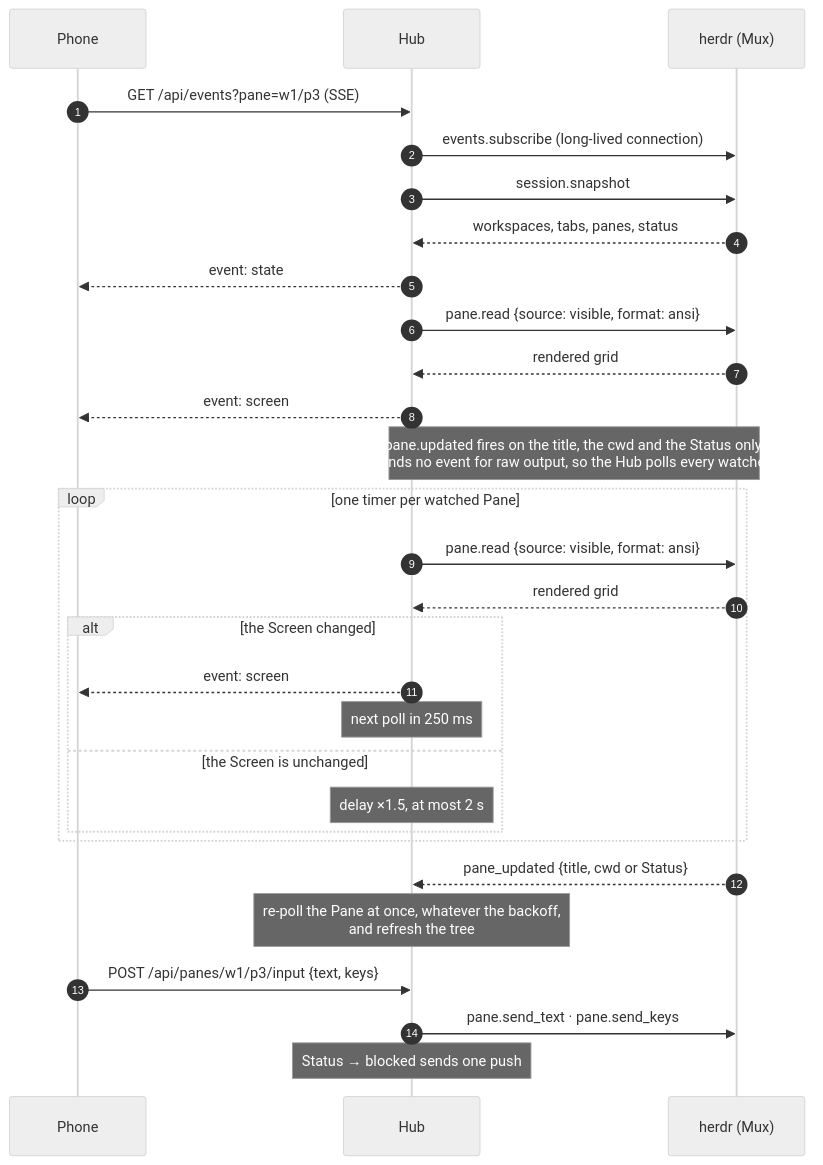
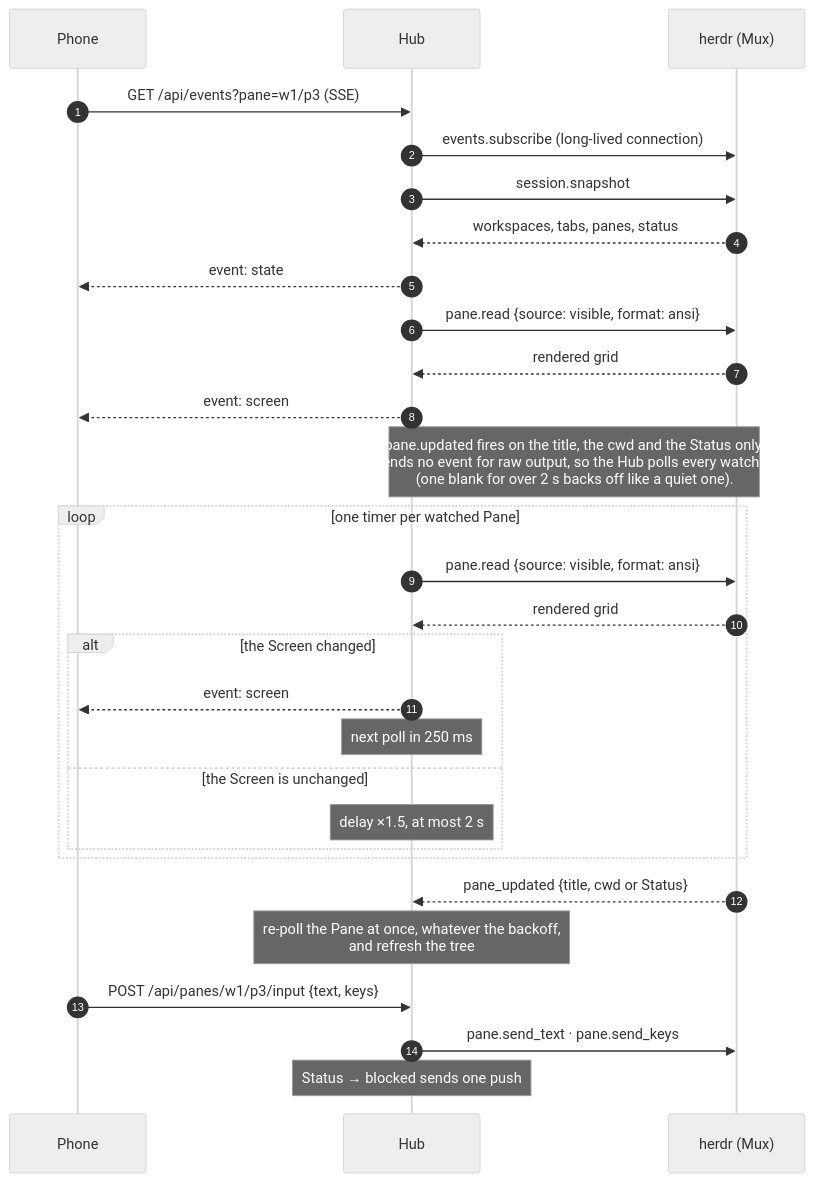
The third of 5 diagrams in docs/ARCHITECTURE.md (radityasurya/tautan), drawn with Mermaid (neutral theme) before and after one commit. The commit also changed other lines of this file and 2 other files, not shown here.

Commit message:
docs: UI, architecture and roadmap phases for Waves 11–18

````diff
--- a/docs/ARCHITECTURE.md
+++ b/docs/ARCHITECTURE.md
@@ -57,32 +57,32 @@
 ```mermaid
 sequenceDiagram
     autonumber
     participant P as Phone
     participant H as Hub
     participant M as herdr (Mux)
 
     P->>H: GET /api/events?pane=w1/p3  (SSE)
     H->>M: events.subscribe (long-lived connection)
     H->>M: session.snapshot
     M-->>H: workspaces, tabs, panes, status
     H-->>P: event: state
     H->>M: pane.read {source: visible, format: ansi}
     M-->>H: rendered grid
     H-->>P: event: screen
-    Note over M,H: pane.updated fires on the title, the cwd and the Status only.<br/>herdr sends no event for raw output, so the Hub polls every watched Pane.
+    Note over M,H: pane.updated fires on the title, the cwd and the Status only.<br/>herdr sends no event for raw output, so the Hub polls every watched Pane<br/>(one blank for over 2 s backs off like a quiet one).
     loop one timer per watched Pane
         H->>M: pane.read {source: visible, format: ansi}
         M-->>H: rendered grid
         alt the Screen changed
             H-->>P: event: screen
             Note over H: next poll in 250 ms
         else the Screen is unchanged
             Note over H: delay ×1.5, at most 2 s
         end
     end
     M-->>H: pane_updated {title, cwd or Status}
     Note over H: re-poll the Pane at once, whatever the backoff,<br/>and refresh the tree
     P->>H: POST /api/panes/w1/p3/input {text, keys}
     H->>M: pane.send_text · pane.send_keys
     Note over H: Status → blocked sends one push
 ```
````
